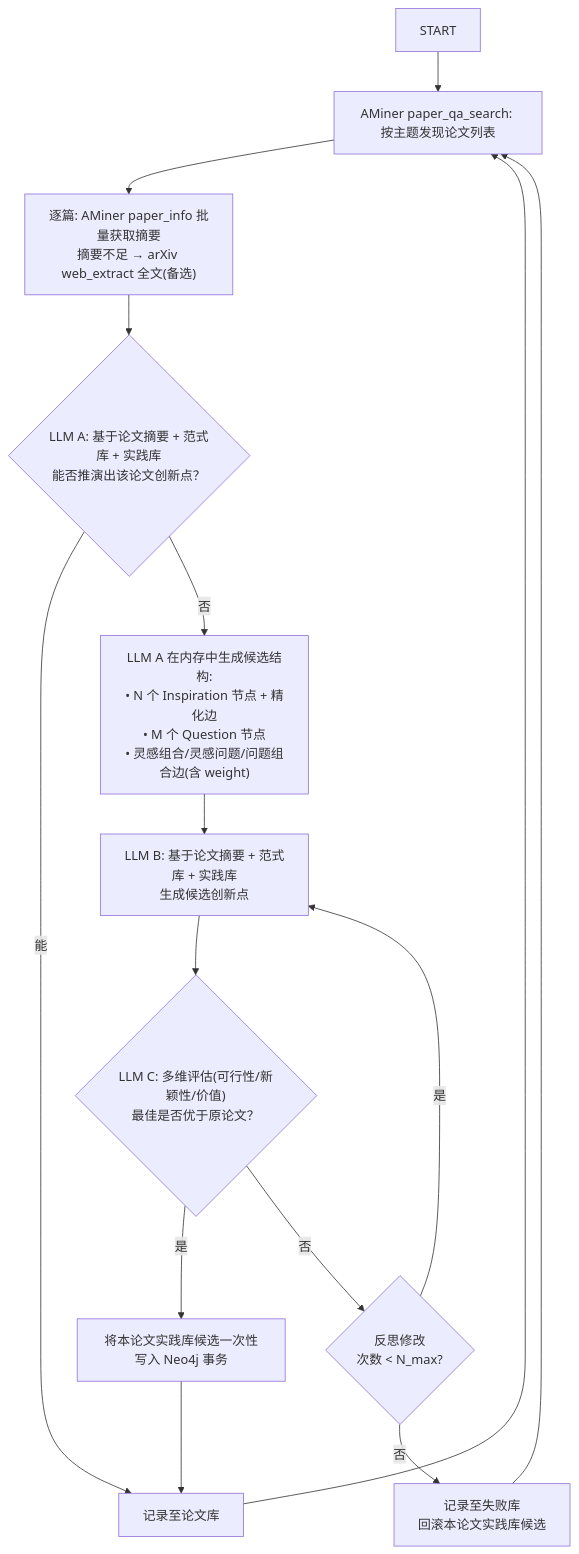
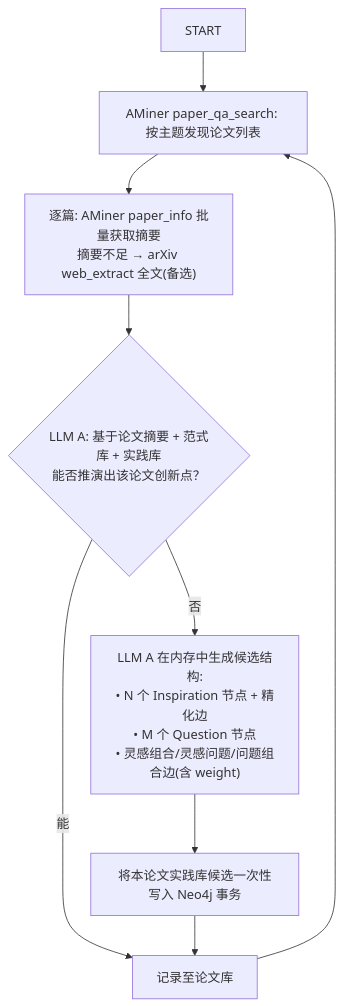
The second of 3 diagrams in doc/design.md (cheanus/IdeaForgeX), drawn with Mermaid before and after one commit. The commit also changed other lines of this file and 16 other files, not shown here.

````diff
--- a/doc/design.md
+++ b/doc/design.md
@@ -136,18 +136,12 @@
 ```mermaid
 flowchart TD
     S["START"]
     S --> D["AMiner paper_qa_search: 按主题发现论文列表"]
     D --> P1["逐篇: AMiner paper_info 批量获取摘要<br/>摘要不足 → arXiv web_extract 全文(备选)"]
     P1 --> A1{"LLM A: 基于论文摘要 + 范式库 + 实践库<br/>能否推演出该论文创新点？"}
     A1 -->|能| PAPER["记录至论文库"]
     PAPER --> D
     A1 -->|否| A2["LLM A 在内存中生成候选结构:<br/>• N 个 Inspiration 节点 + 精化边<br/>• M 个 Question 节点<br/>• 灵感组合/灵感问题/问题组合边(含 weight)"]
-    A2 --> B["LLM B: 基于论文摘要 + 范式库 + 实践库<br/>生成候选创新点"]
-    B --> C{"LLM C: 多维评估(可行性/新颖性/价值)<br/>最佳是否优于原论文？"}
-    C -->|是| COMMIT["将本论文实践库候选一次性写入 Neo4j 事务"]
+    A2 --> COMMIT["将本论文实践库候选一次性写入 Neo4j 事务"]
     COMMIT --> PAPER
-    C -->|否| RETRY{"反思修改<br/>次数 < N_max?"}
-    RETRY -->|是| B
-    RETRY -->|否| FAIL["记录至失败库<br/>回滚本论文实践库候选"]
-    FAIL --> D
 ```
````
